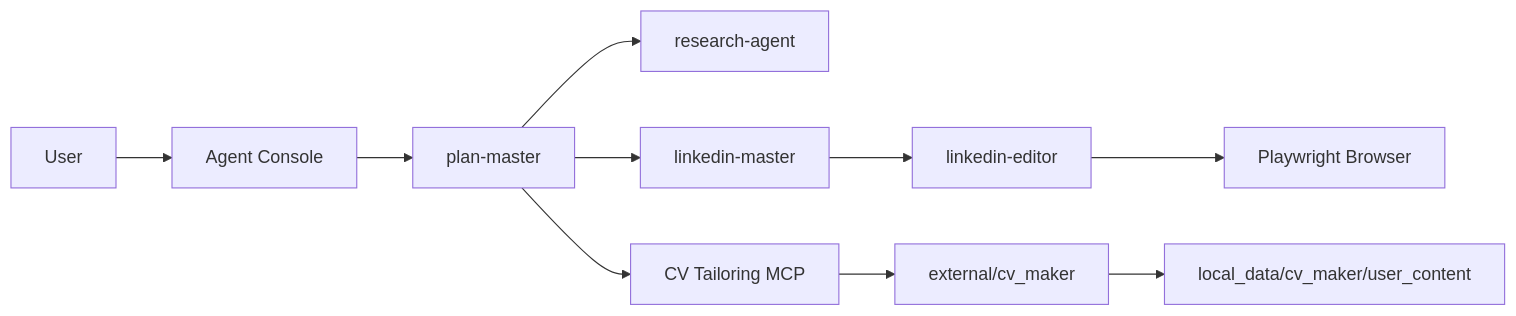
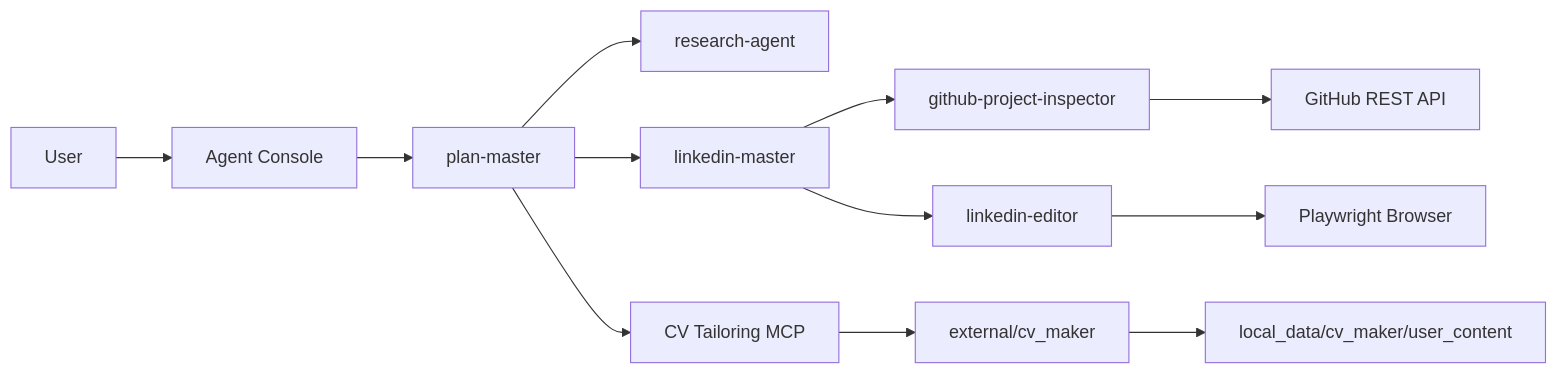
One commit to siyuansdsd/OfferGraph changed the diagram in README.md. Above: the diagram before and after it, drawn with Mermaid. The commit also changed other lines of this file, not shown here.

````diff
--- a/README.md
+++ b/README.md
@@ -34,12 +35,14 @@
 ```mermaid
 flowchart LR
   User --> AgentConsole[Agent Console]
   AgentConsole --> PlanMaster[plan-master]
   PlanMaster --> ResearchAgent[research-agent]
   PlanMaster --> LinkedInMaster[linkedin-master]
   PlanMaster --> CVMCP[CV Tailoring MCP]
+  LinkedInMaster --> GitHubInspector[github-project-inspector]
   LinkedInMaster --> LinkedInEditor[linkedin-editor]
   LinkedInEditor --> Playwright[Playwright Browser]
+  GitHubInspector --> GitHubAPI[GitHub REST API]
   CVMCP --> CVMaker[external/cv_maker]
   CVMaker --> LocalData[local_data/cv_maker/user_content]
 ```
````
